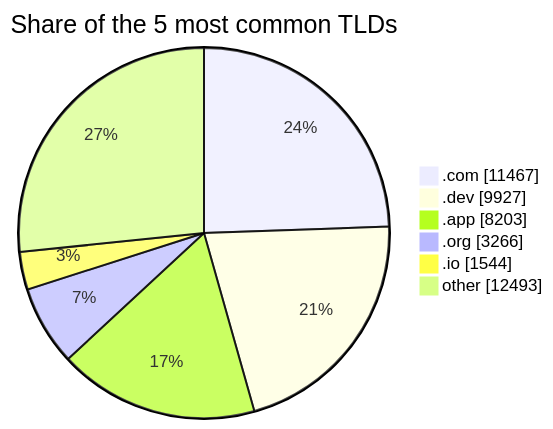
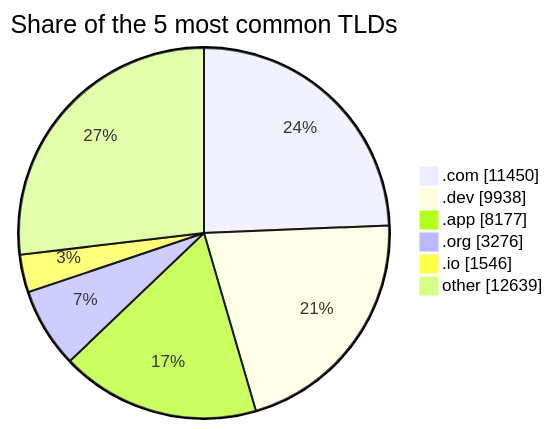
One commit to DNSBunker/CTI changed the third of 3 diagrams in README.md. Above: the diagram before and after it, drawn with Mermaid. The commit also changed other lines of this file and 3 other files, not shown here.

````diff
--- a/README.md
+++ b/README.md
@@ -81,9 +81,9 @@
 ```mermaid
 pie showData title Share of the 5 most common TLDs
-    ".com" : 11467
-    ".dev" : 9927
-    ".app" : 8203
-    ".org" : 3266
-    ".io" : 1544
-    "other" : 12493
+    ".com" : 11450
+    ".dev" : 9938
+    ".app" : 8177
+    ".org" : 3276
+    ".io" : 1546
+    "other" : 12639
 ```
````
